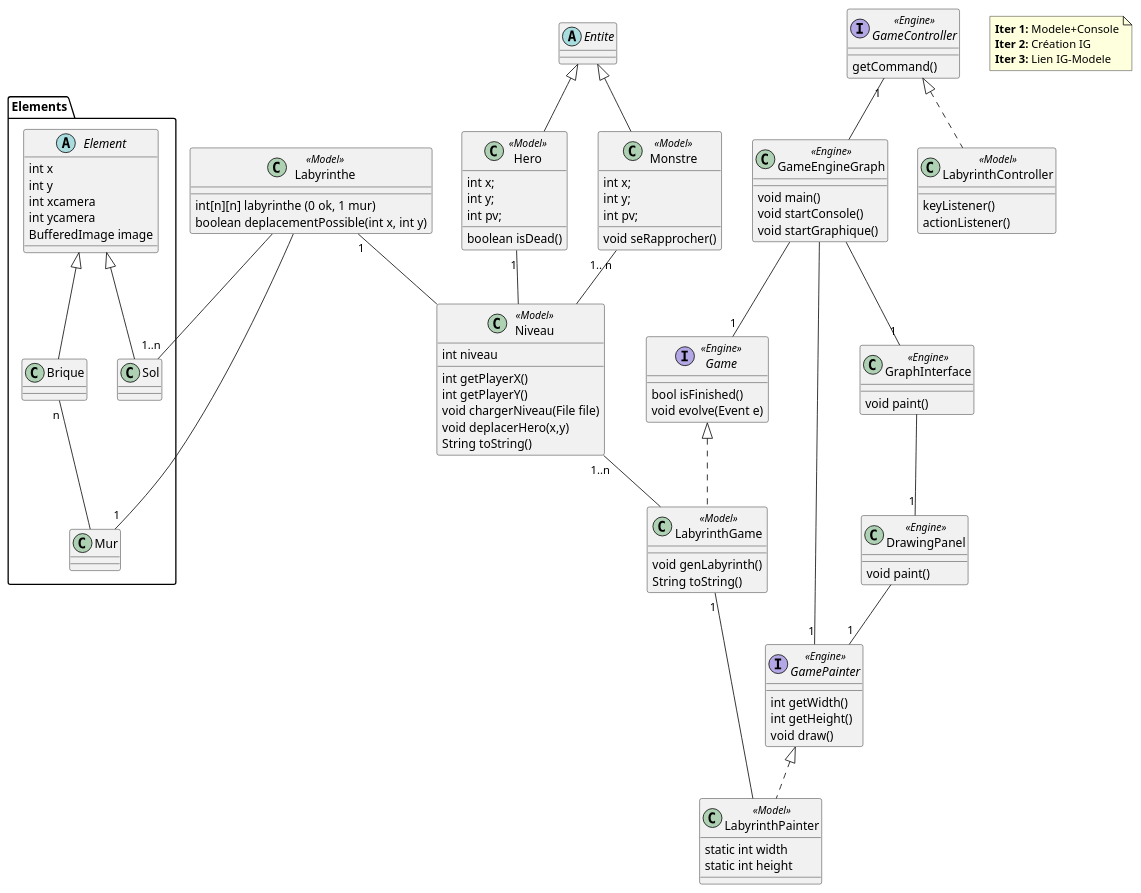
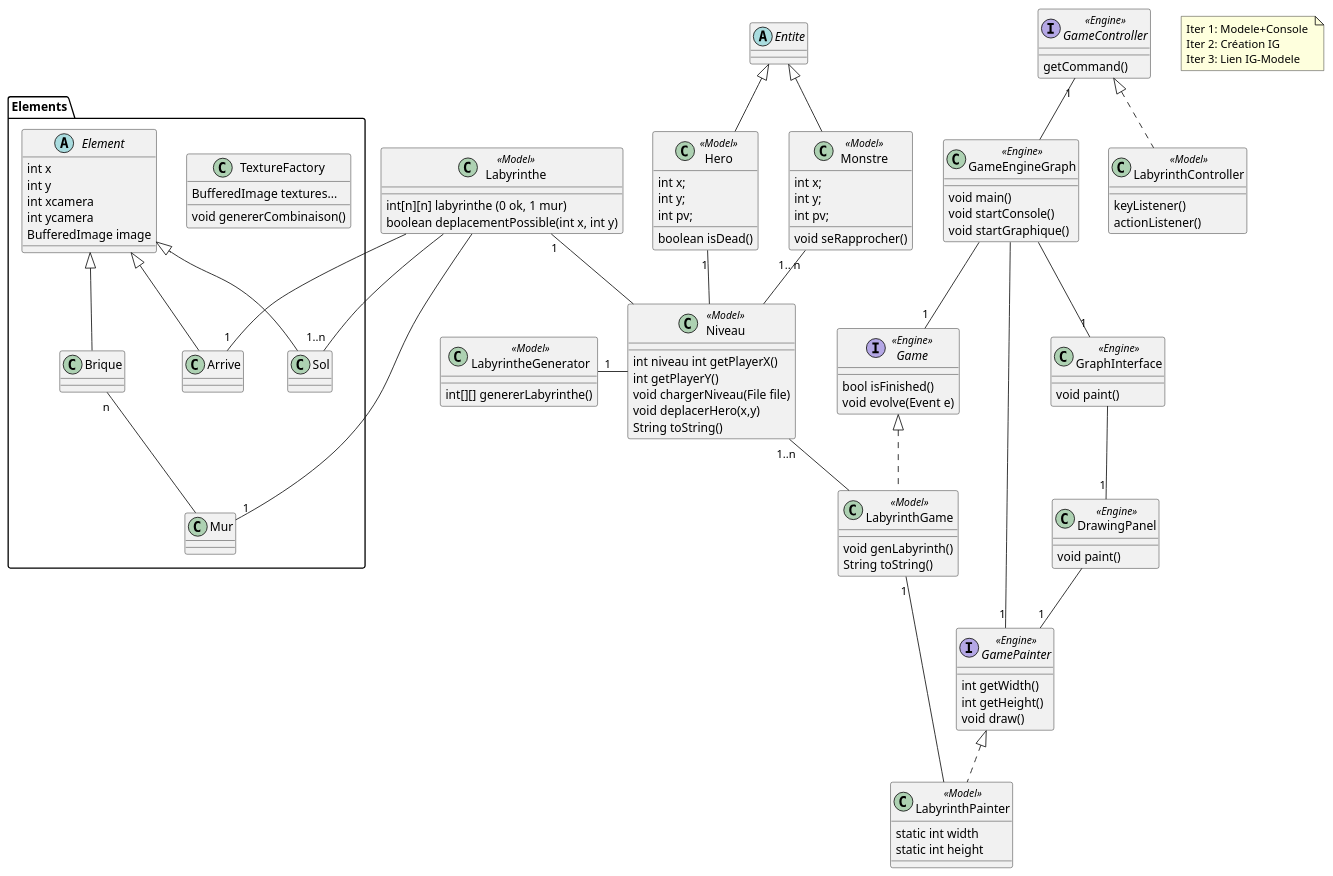
One commit to minisephirot/ACL_2018_ENJ changed the second of 2 diagrams in README.md. Above: the diagram before and after it, drawn with PlantUML. The commit also changed other lines of this file, not shown here.

```diff
--- a/README.md
+++ b/README.md
@@ -75,114 +75,129 @@
-@startuml
- note as N1
-  <b>Iter 1: </b>Modele+Console
-  <b>Iter 2: </b>Création IG
-  <b>Iter 3: </b>Lien IG-Modele
-end note
-     class LabyrinthGame <<Model>> implements Game{
-      void genLabyrinth()
-      String toString()
-    }
-     class Niveau <<Model>>{
-      int niveau
-      int getPlayerX()
-      int getPlayerY()
-      void chargerNiveau(File file)
-      void deplacerHero(x,y)
-      String toString()
+@startuml 
+
+note as N1 
+Iter 1: Modele+Console 
+Iter 2: Création IG 
+Iter 3: Lien IG-Modele 
+end note 
+
+class LabyrinthGame<<Model>> implements Game{ 
+void genLabyrinth() 
+    String toString() 
+} 
+
+class Niveau<<Model>>{ 
+    int niveau int getPlayerX()
+    int getPlayerY()
+    void chargerNiveau(File file) 
+    void deplacerHero(x,y)
+    String toString()
+}
+
+class Labyrinthe<<Model>>{
+  int[n][n] labyrinthe (0 ok, 1 mur)
+  boolean deplacementPossible(int x, int y)
+}
+
+class Hero<<Model>> extends Entite{
+    int x;
+    int y;
+    int pv;
+    boolean isDead()
+}
+
+class Monstre<<Model>> extends Entite{
+    int x;
+    int y;
+    int pv;
+    void seRapprocher()
+}
+
+abstract class Entite{
+}
+
+class LabyrinthController <<Model>> implements GameController{
+   keyListener()
+   actionListener()
+}
+ class LabyrinthPainter <<Model>> implements GamePainter{
+    static int width
+    static int height
+}
+ interface GamePainter <<Engine>>{
+    int getWidth()
+    int getHeight()
+    void draw()
+}
+ interface Game <<Engine>>{
+    bool isFinished()
+    void evolve(Event e)
+}
+
+interface GameController <<Engine>>{
+    getCommand()
+}
+ class GameEngineGraph <<Engine>>{
+  void main()
+  void startConsole()
+  void startGraphique()
+}
+
+class GraphInterface <<Engine>>{
+    void paint()
+}
+
+class DrawingPanel <<Engine>>{
+    void paint()
+}
+
+class LabyrintheGenerator <<Model>>{
+    int[][] genererLabyrinthe()
+}
+
+package Elements {
     
+    class TextureFactory {
+        BufferedImage textures...
+        void genererCombinaison()
     }
     
-    class Labyrinthe<<Model>>{
-      int[n][n] labyrinthe (0 ok, 1 mur)
-      boolean deplacementPossible(int x, int y)
+    abstract class Element{
+        int x
+        int y
+        int xcamera
+        int ycamera
+        BufferedImage image
     }
     
-    class Hero<<Model>> extends Entite{
-        int x;
-        int y;
-        int pv;
-        boolean isDead()
+    class Mur{
     }
     
-    class Monstre<<Model>> extends Entite{
-        int x;
-        int y;
-        int pv;
-        void seRapprocher()
+    class Sol extends Element{
     }
     
-    abstract class Entite{
+    class Arrive extends Element{
     }
     
-    class LabyrinthController <<Model>> implements GameController{
-       keyListener()
-       actionListener()
-    }
-     class LabyrinthPainter <<Model>> implements GamePainter{
-        static int width
-        static int height
-    }
-     interface GamePainter <<Engine>>{
-        int getWidth()
-        int getHeight()
-        void draw()
-    }
-     interface Game <<Engine>>{
-        bool isFinished()
-        void evolve(Event e)
+    class Brique extends Element{
     }
     
-    interface GameController <<Engine>>{
-        getCommand()
-    }
-     class GameEngineGraph <<Engine>>{
-      void main()
-      void startConsole()
-      void startGraphique()
-    }
+    Brique "n"-- Mur
     
-    class GraphInterface <<Engine>>{
-        void paint()
-    }
-    
-    class DrawingPanel <<Engine>>{
-        void paint()
-    }
-    
-    package Elements {
-        
-        abstract class Element{
-            int x
-            int y
-            int xcamera
-            int ycamera
-            BufferedImage image
-        }
-        
-        class Mur{
-        }
-        
-        class Sol extends Element{
-        }
-        
-        class Brique extends Element{
-        }
-        
-        Brique "n"-- Mur
-        
-    }
-
-Labyrinthe --"1"  Mur
-Labyrinthe --"1..n"  Sol
-Labyrinthe "1"--  Niveau
+}
+Labyrinthe --"1" Arrive
+Labyrinthe --"1" Mur
+Labyrinthe --"1..n" Sol
+Labyrinthe "1"-- Niveau
+LabyrintheGenerator "1"-right- Niveau
 Niveau "1..n"-- LabyrinthGame
-Hero "1"--  Niveau
-Monstre "1.. n"--  Niveau
-Game "1"--up GameEngineGraph 
+Hero "1"-- Niveau
+Monstre "1.. n"-- Niveau
+Game "1"--up GameEngineGraph
 GameController "1"-- GameEngineGraph
-GamePainter "1"--up  GameEngineGraph
+GamePainter "1"--up GameEngineGraph
 LabyrinthGame "1"-- LabyrinthPainter
 GraphInterface --"1" DrawingPanel
 DrawingPanel --"1" GamePainter
-GameEngineGraph -- "1" GraphInterface
- @enduml
+GameEngineGraph -- "1" GraphInterface 
+
+@enduml
```
